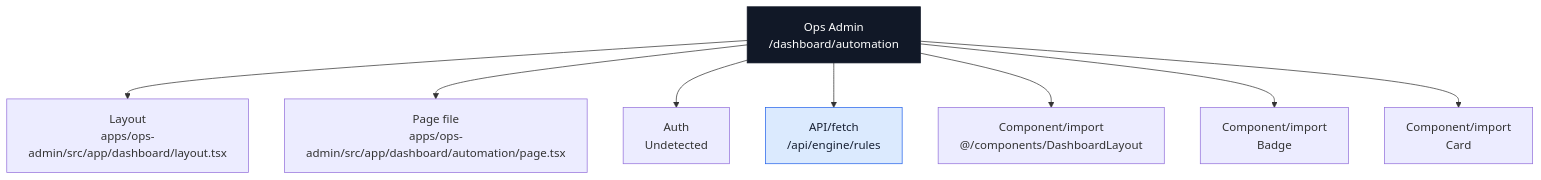
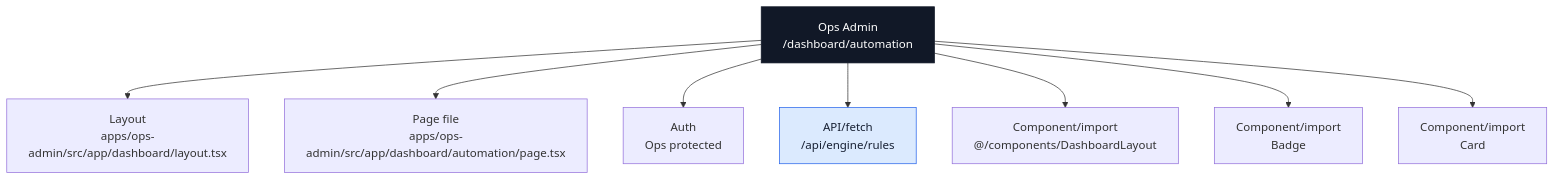
The fifth of 40 diagrams in docs/architecture/codebase-map/pages/ops-admin-pages.md (Ritenoob/ridendine-marketplace), drawn with Mermaid before and after one commit. The commit also changed other lines of this file and 34 other files, not shown here.

````diff
--- a/docs/architecture/codebase-map/pages/ops-admin-pages.md
+++ b/docs/architecture/codebase-map/pages/ops-admin-pages.md
@@ -312,24 +312,24 @@
 ```mermaid
 flowchart TB
   Page["Ops Admin<br/>/dashboard/automation"]
   Layout["Layout<br/>apps/ops-admin/src/app/dashboard/layout.tsx"]
   File["Page file<br/>apps/ops-admin/src/app/dashboard/automation/page.tsx"]
-  Auth["Auth<br/>Undetected"]
+  Auth["Auth<br/>Ops protected"]
   Page --> Layout
   Page --> File
   Page --> Auth
   Api0["API/fetch<br/>/api/engine/rules"]
   Page --> Api0
   Component0["Component/import<br/>@/components/DashboardLayout"]
   Page --> Component0
   Component1["Component/import<br/>Badge"]
   Page --> Component1
   Component2["Component/import<br/>Card"]
   Page --> Component2
   classDef page fill:#111827,stroke:#111827,color:#ffffff
   classDef data fill:#dcfce7,stroke:#16a34a,color:#172033
   classDef api fill:#dbeafe,stroke:#2563eb,color:#172033
   classDef warn fill:#fef3c7,stroke:#f59e0b,color:#172033
   class Page page
   class Api0 api
 ```
````
